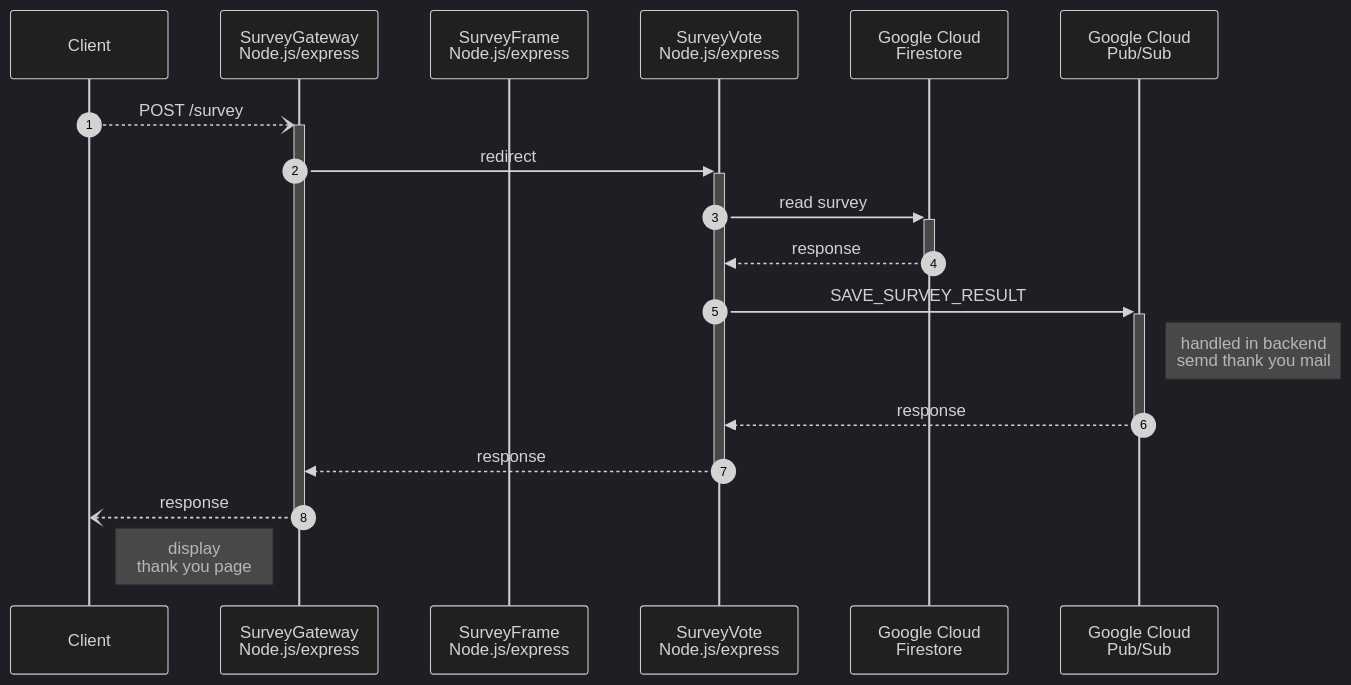
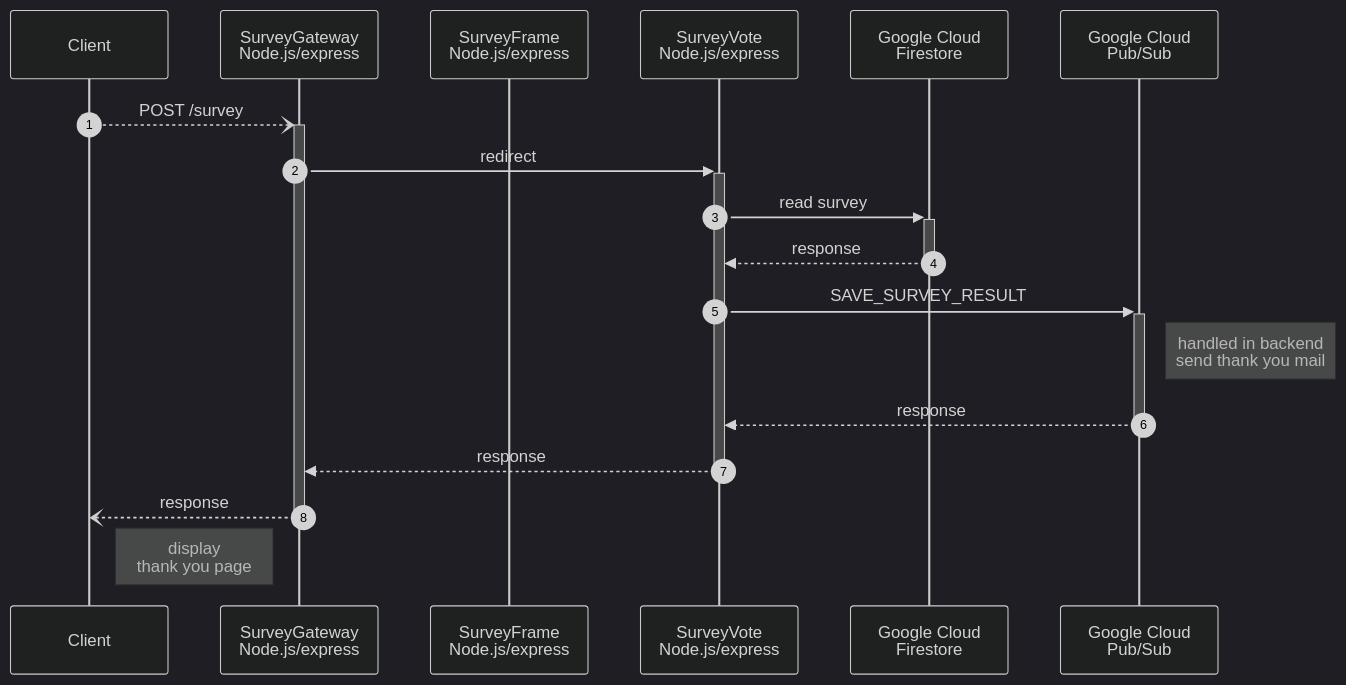
Before and after one commit to MichaelDiers/surveys: the diagram in doc/frontend-submit-survey.mermaid, drawn with Mermaid (dark theme). The commit also changed 1 other file, not shown here.

```diff
--- a/doc/frontend-submit-survey.mermaid
+++ b/doc/frontend-submit-survey.mermaid
@@ -1,22 +1,22 @@
 sequenceDiagram
     autonumber
     participant C as Client
     participant SG as SurveyGateway<br>Node.js/express
     participant SF as SurveyFrame<br>Node.js/express
     participant SV as SurveyVote<br>Node.js/express
     participant F as Google Cloud<br>Firestore
     participant PS as Google Cloud<br>Pub/Sub
     C--)+SG: POST /survey
     SG->>+SV: redirect
     SV->>+F: read survey
     F-->>SV: response
     deactivate F
     SV->>+PS: SAVE_SURVEY_RESULT
-    Note right of PS: handled in backend<br>semd thank you mail
+    Note right of PS: handled in backend<br>send thank you mail
     PS-->>SV: response
     deactivate PS
     SV-->>SG: response
     deactivate SV
     SG--)C: response
     deactivate SG
     Note right of C: display<br>thank you page
```
